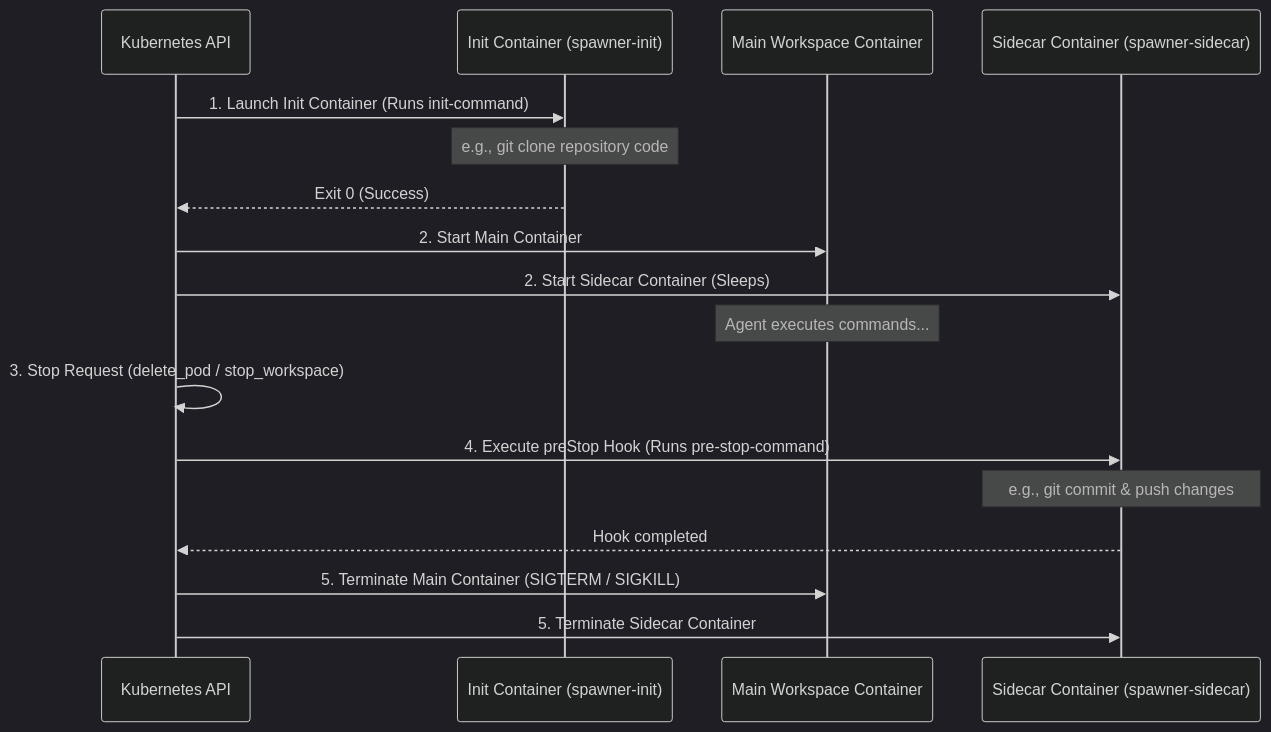
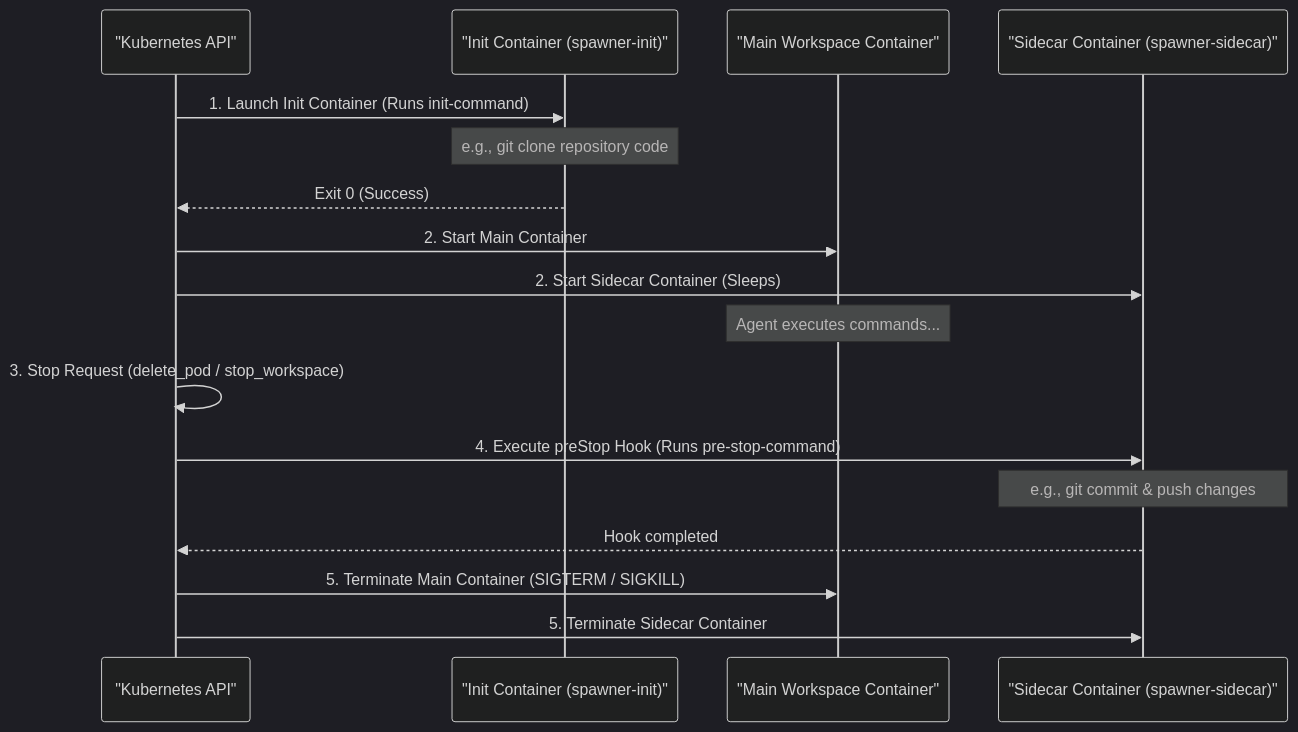
One commit to nogoo9/no-crd changed the diagram in docs/spawner-guide.md. Above: the diagram before and after it, drawn with Mermaid (dark theme). The commit also changed other lines of this file and 16 other files, not shown here.

First line of the commit message:
docs: fix mermaid syntax errors and add setup cheatsheet (#22)

````diff
--- a/docs/spawner-guide.md
+++ b/docs/spawner-guide.md
@@ -64,23 +64,23 @@
 ```mermaid
 sequenceDiagram
-    participant K8s as Kubernetes API
-    participant Init as Init Container (spawner-init)
-    participant Main as Main Workspace Container
-    participant Sidecar as Sidecar Container (spawner-sidecar)
+    participant K8s as "Kubernetes API"
+    participant Init as "Init Container (spawner-init)"
+    participant Main as "Main Workspace Container"
+    participant Sidecar as "Sidecar Container (spawner-sidecar)"
 
     K8s->>Init: 1. Launch Init Container (Runs init-command)
     Note over Init: e.g., git clone repository code
     Init-->>K8s: Exit 0 (Success)
     
     K8s->>Main: 2. Start Main Container
     K8s->>Sidecar: 2. Start Sidecar Container (Sleeps)
     Note over Main: Agent executes commands...
     
     K8s->>K8s: 3. Stop Request (delete_pod / stop_workspace)
     K8s->>Sidecar: 4. Execute preStop Hook (Runs pre-stop-command)
     Note over Sidecar: e.g., git commit & push changes
     Sidecar-->>K8s: Hook completed
     
     K8s->>Main: 5. Terminate Main Container (SIGTERM / SIGKILL)
     K8s->>Sidecar: 5. Terminate Sidecar Container
 ```
````
